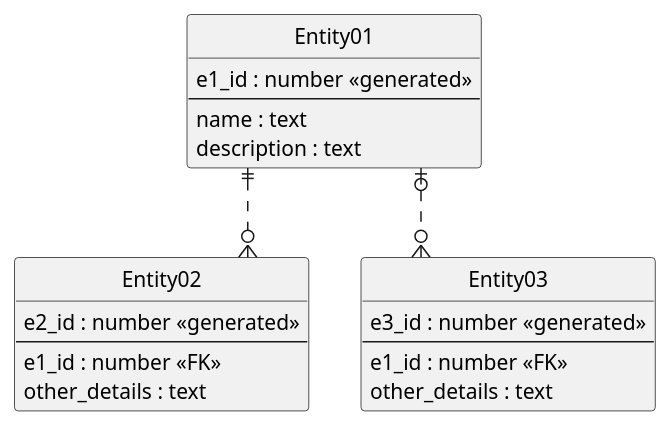
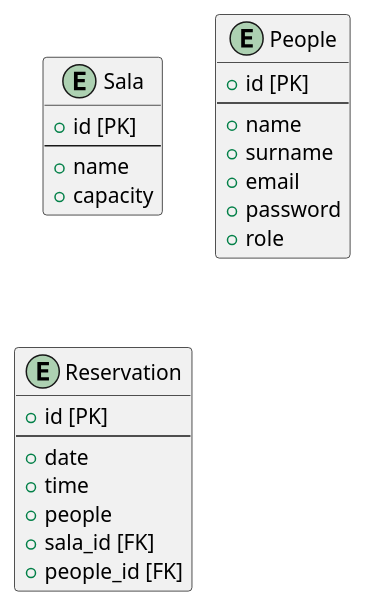
One commit to jesus-castro89/seminario changed the diagram in Writerside/plantuml/database.puml. Above: the diagram before and after it, drawn with PlantUML. The commit also changed 5 other files, not shown here.

```diff
--- a/Writerside/plantuml/database.puml
+++ b/Writerside/plantuml/database.puml
@@ -1,24 +1,28 @@
 @startuml
-hide circle
-skinparam linetype ortho
-entity "Entity01" as e01 {
-  e1_id : number <<generated>>
+entity "Sala" {
+  + id [PK]
   --
-  name : text
-  description : text
+  + name
+  + capacity
 }
-entity "Entity02" as e02 {
-  e2_id : number <<generated>>
+
+entity "People" {
+  + id [PK]
   --
-  e1_id : number <<FK>>
-  other_details : text
+  + name
+  + surname
+  + email
+  + password
+  + role
 }
-entity "Entity03" as e03 {
-  e3_id : number <<generated>>
+
+entity "Reservation" {
+  + id [PK]
   --
-  e1_id : number <<FK>>
-  other_details : text
+  + date
+  + time
+  + people
+  + sala_id [FK]
+  + people_id [FK]
 }
-e01 ||..o{ e02
-e01 |o..o{ e03
 @enduml
```
